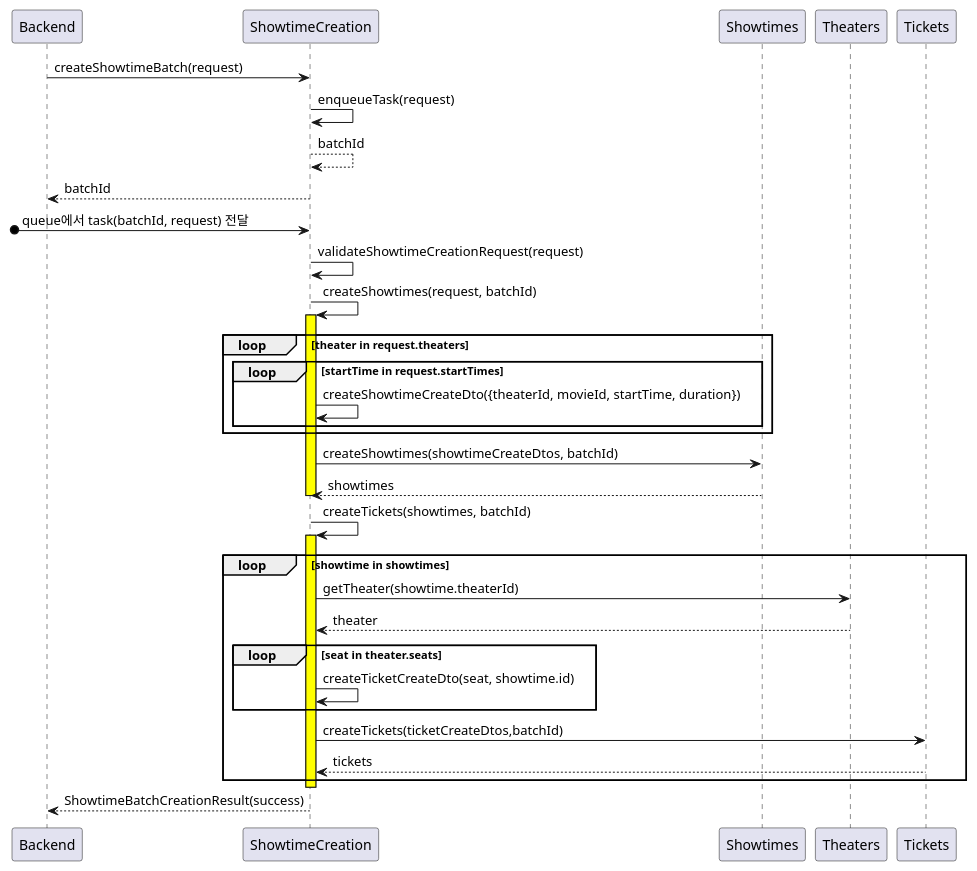
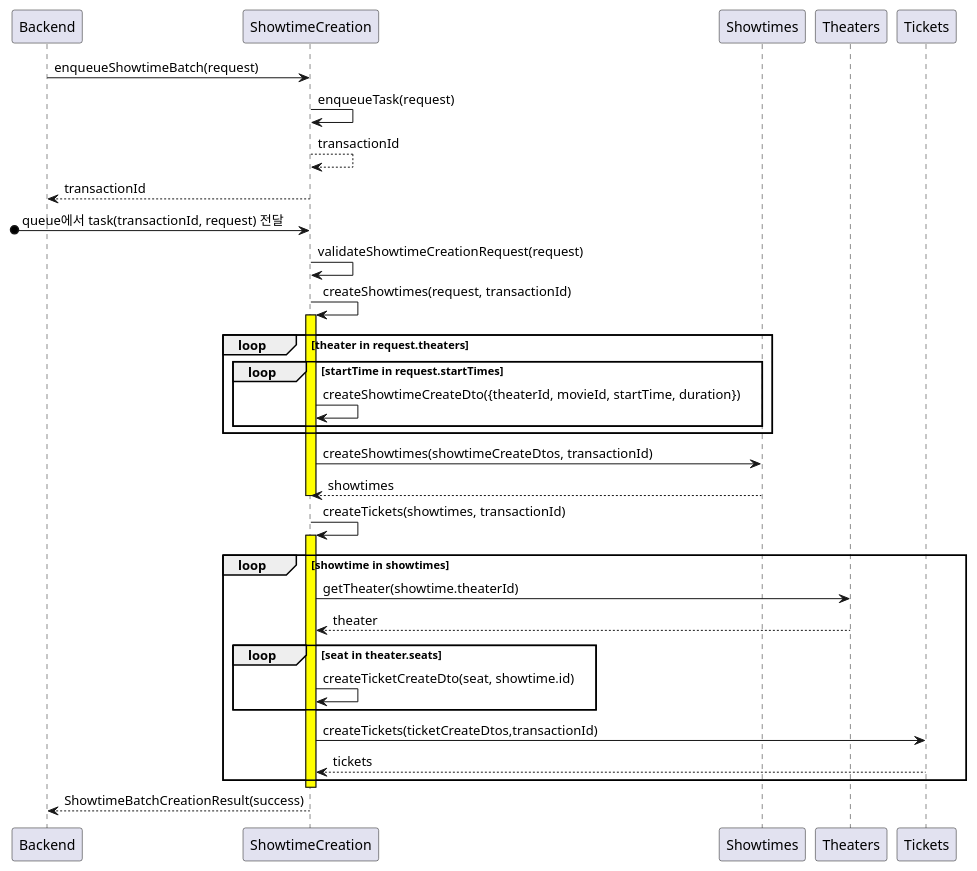
The second of 2 diagrams in docs/ko/designs/showtime-creation.md (songminkyu/nest-msa), drawn with PlantUML before and after one commit. The commit also changed other lines of this file and 26 other files, not shown here.

Commit message:
refactor: rename batchId to transactionId for consistency across showtime and ticket services

````diff
--- a/docs/ko/designs/showtime-creation.md
+++ b/docs/ko/designs/showtime-creation.md
@@ -93,37 +93,37 @@
 ```plantuml
 @startuml
-Backend -> ShowtimeCreation: createShowtimeBatch(request)
+Backend -> ShowtimeCreation: enqueueShowtimeBatch(request)
         ShowtimeCreation -> ShowtimeCreation: enqueueTask(request)
-        ShowtimeCreation --> ShowtimeCreation: batchId
-Backend <-- ShowtimeCreation: batchId
+        ShowtimeCreation --> ShowtimeCreation: transactionId
+Backend <-- ShowtimeCreation: transactionId
 
-[o-> ShowtimeCreation: queue에서 task(batchId, request) 전달
+[o-> ShowtimeCreation: queue에서 task(transactionId, request) 전달
     ShowtimeCreation -> ShowtimeCreation: validateShowtimeCreationRequest(request)
 
-    ShowtimeCreation -> ShowtimeCreation: createShowtimes(request, batchId)
+    ShowtimeCreation -> ShowtimeCreation: createShowtimes(request, transactionId)
     activate ShowtimeCreation #yellow
         loop theater in request.theaters
             loop startTime in request.startTimes
                 ShowtimeCreation -> ShowtimeCreation: createShowtimeCreateDto({theaterId, movieId, startTime, duration})
             end
         end
 
-        ShowtimeCreation -> Showtimes: createShowtimes(showtimeCreateDtos, batchId)
+        ShowtimeCreation -> Showtimes: createShowtimes(showtimeCreateDtos, transactionId)
         ShowtimeCreation <-- Showtimes: showtimes
     deactivate ShowtimeCreation
 
-    ShowtimeCreation -> ShowtimeCreation: createTickets(showtimes, batchId)
+    ShowtimeCreation -> ShowtimeCreation: createTickets(showtimes, transactionId)
     activate ShowtimeCreation #yellow
         loop showtime in showtimes
             ShowtimeCreation -> Theaters: getTheater(showtime.theaterId)
             ShowtimeCreation <-- Theaters: theater
             loop seat in theater.seats
                 ShowtimeCreation -> ShowtimeCreation: createTicketCreateDto(seat, showtime.id)
             end
-            ShowtimeCreation -> Tickets: createTickets(ticketCreateDtos,batchId)
+            ShowtimeCreation -> Tickets: createTickets(ticketCreateDtos,transactionId)
             ShowtimeCreation <-- Tickets: tickets
         end
     deactivate ShowtimeCreation
 Backend <-- ShowtimeCreation: ShowtimeBatchCreationResult(success)
 @enduml
 ```
````
